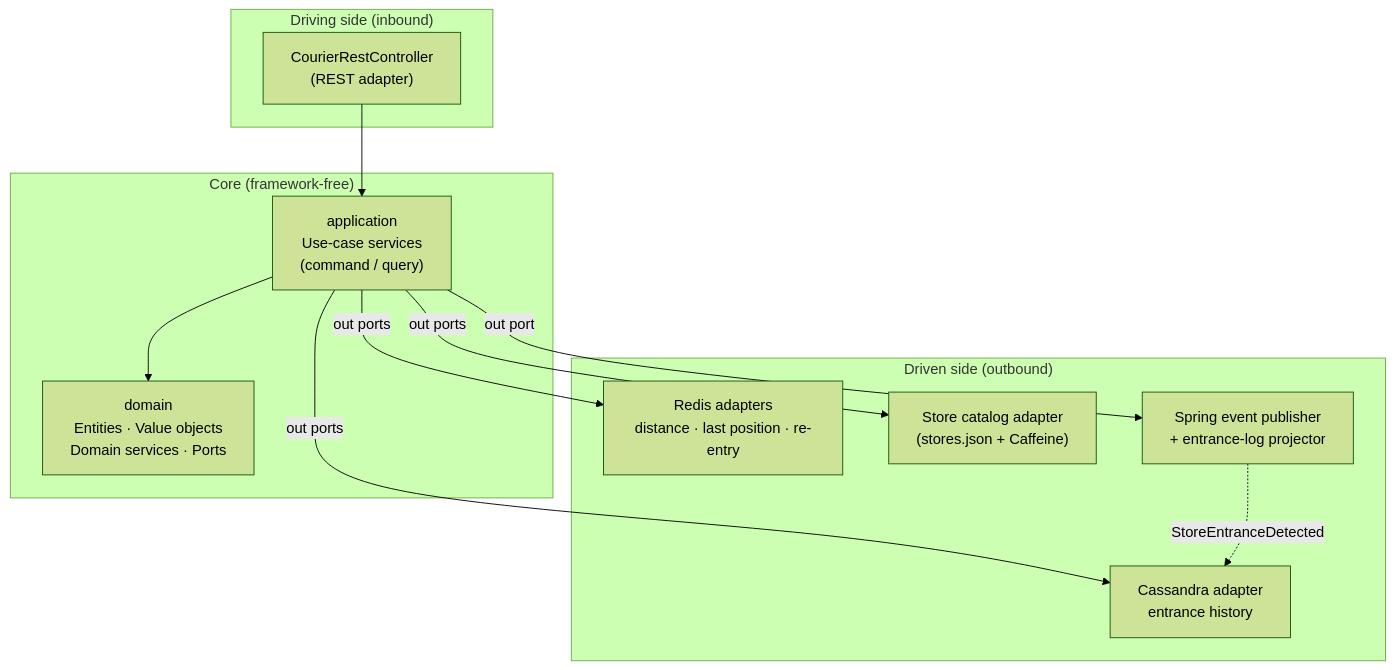
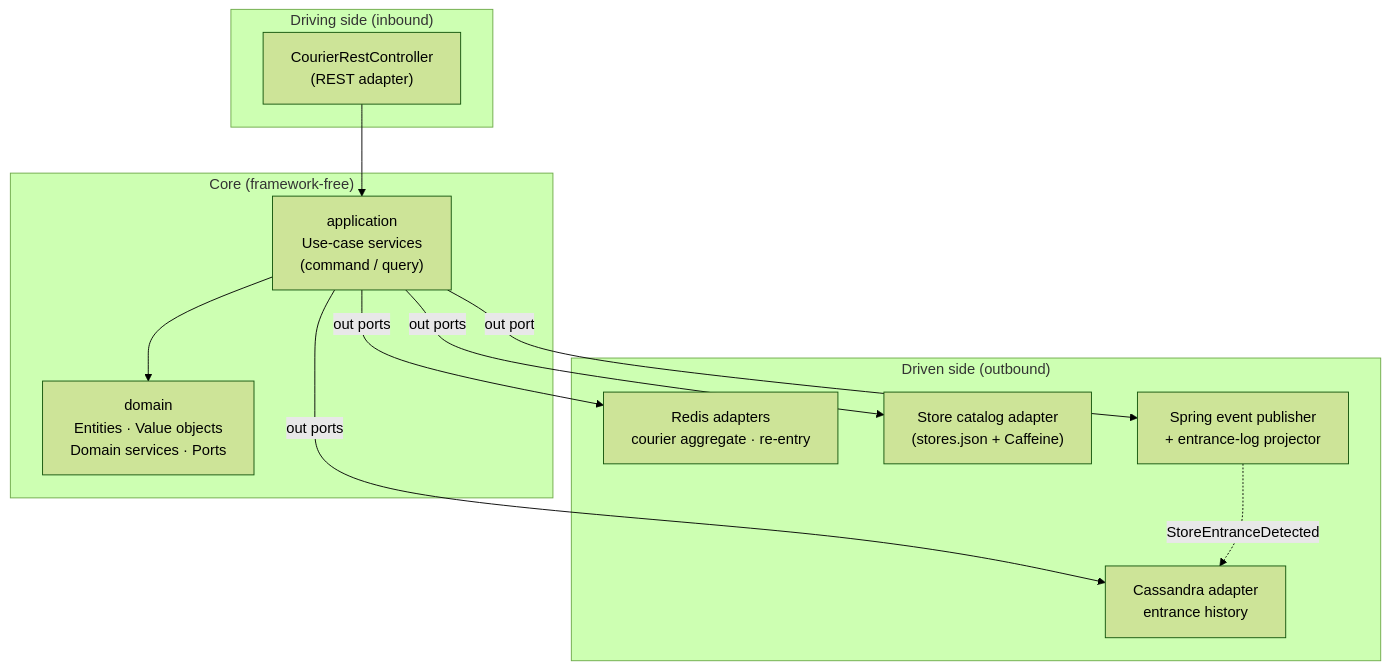
The first of 2 diagrams in README.md (cangut/courier-tracking), drawn with Mermaid (forest theme) before and after one commit. The commit also changed other lines of this file and 17 other files, not shown here.

````diff
--- a/README.md
+++ b/README.md
@@ -65,25 +65,25 @@
 ```mermaid
 flowchart TB
     subgraph IN["Driving side (inbound)"]
         REST["CourierRestController<br/>(REST adapter)"]
     end
 
     subgraph CORE["Core (framework-free)"]
         APP["application<br/>Use-case services<br/>(command / query)"]
         DOM["domain<br/>Entities · Value objects<br/>Domain services · Ports"]
     end
 
     subgraph OUT["Driven side (outbound)"]
-        REDIS_A["Redis adapters<br/>distance · last position · re-entry"]
+        REDIS_A["Redis adapters<br/>courier aggregate · re-entry"]
         CASS_A["Cassandra adapter<br/>entrance history"]
         STORE_A["Store catalog adapter<br/>(stores.json + Caffeine)"]
         EVT["Spring event publisher<br/>+ entrance-log projector"]
     end
 
     REST --> APP --> DOM
     APP -->|out ports| REDIS_A
     APP -->|out ports| CASS_A
     APP -->|out ports| STORE_A
     APP -->|out port| EVT
     EVT -.->|StoreEntranceDetected| CASS_A
 ```
````
